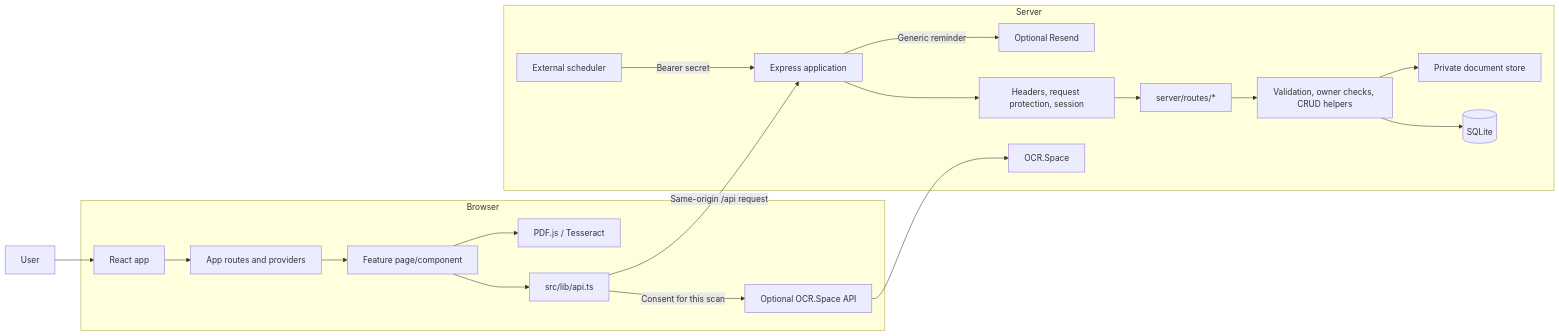
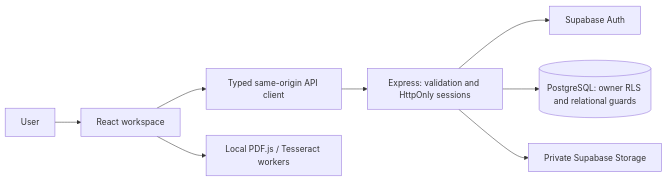
The diagram in docs/system-overview.md (adrock18/medivault), drawn with Mermaid before and after one commit. The commit also changed other lines of this file and 86 other files, not shown here.

````diff
--- a/docs/system-overview.md
+++ b/docs/system-overview.md
@@ -11,22 +5,10 @@
 ```mermaid
 flowchart LR
-  Person["User"] --> App["React app"]
-  subgraph Browser
-    App --> Router["App routes and providers"]
-    Router --> Feature["Feature page/component"]
-    Feature --> Client["src/lib/api.ts"]
-    Feature --> LocalOCR["PDF.js / Tesseract"]
-    Client -->|"Consent for this scan"| OCRProxy["Optional OCR.Space API"]
-  end
-  Client -->|"Same-origin /api request"| Express["Express application"]
-  subgraph Server
-    Express --> Security["Headers, request protection, session"]
-    Security --> Route["server/routes/*"]
-    Route --> Context["Validation, owner checks, CRUD helpers"]
-    Context --> SQLite[("SQLite")]
-    Context --> Store["Private document store"]
-    OCRProxy --> OCRSpace["OCR.Space"]
-    Scheduler["External scheduler"] -->|"Bearer secret"| Express
-    Express -->|"Generic reminder"| Resend["Optional Resend"]
-  end
+  User --> React["React workspace"]
+  React --> Client["Typed same-origin API client"]
+  Client --> Express["Express: validation and HttpOnly sessions"]
+  Express --> Auth["Supabase Auth"]
+  Express --> DB[("PostgreSQL: owner RLS and relational guards")]
+  Express --> Files["Private Supabase Storage"]
+  React --> LocalOCR["Local PDF.js / Tesseract workers"]
 ```
````
